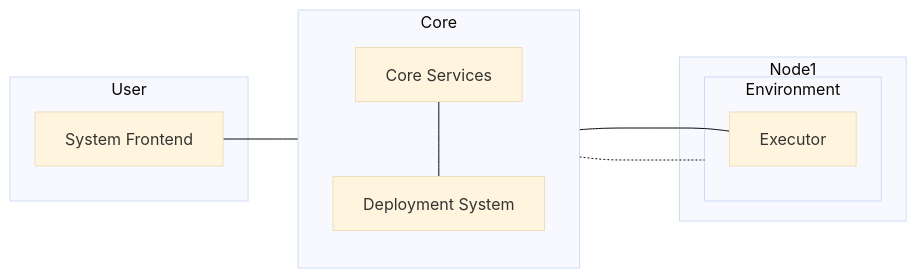
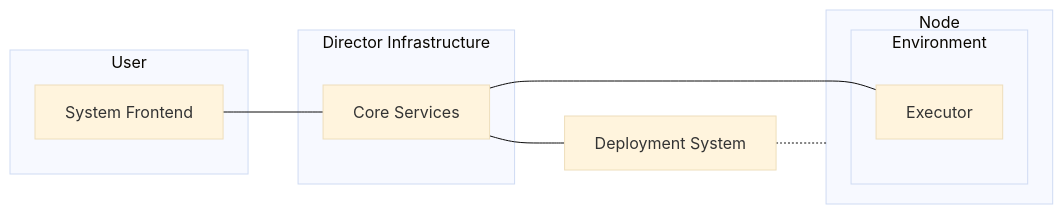
One commit to netunicorn/netunicorn changed the diagram in docs/general_design.md. Above: the diagram before and after it, drawn with Mermaid (base theme). The commit also changed 9 other files, not shown here.

Commit message:
Add director infrastructure documentation

````diff
--- a/docs/general_design.md
+++ b/docs/general_design.md
@@ -26,24 +26,24 @@
 ```mermaid
 flowchart LR
 	subgraph User
 		fr[System Frontend]
 	end
 	
-	subgraph Core
-		direction TB
-		eng[Core Services]
-		ds[Deployment System]
+	subgraph Director Infrastructure
+		core[Core Services]
 	end
+
+	ds[Deployment System]
 	
 	
-	subgraph Node1
-		subgraph env1[Environment]
-			ex1[Executor]
+	subgraph Node
+		subgraph env[Environment]
+			ex[Executor]
 		end
 	end
 	
-	fr --- eng
-	eng --- ds
-	eng ---- ex1
-	ds -..- env1
+	fr --- core
+	core --- ds
+	core --- ex
+	ds -.- Node
 ```
````
